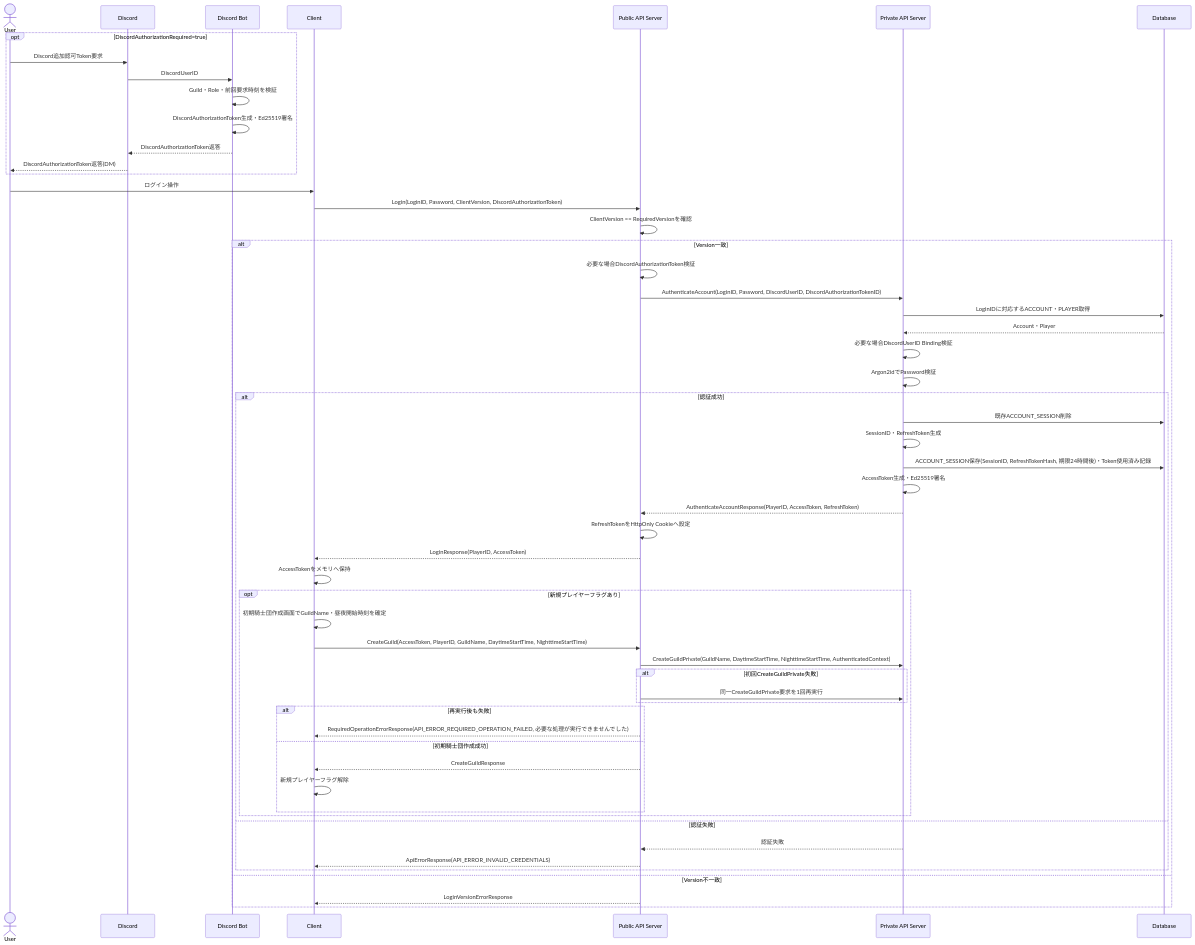
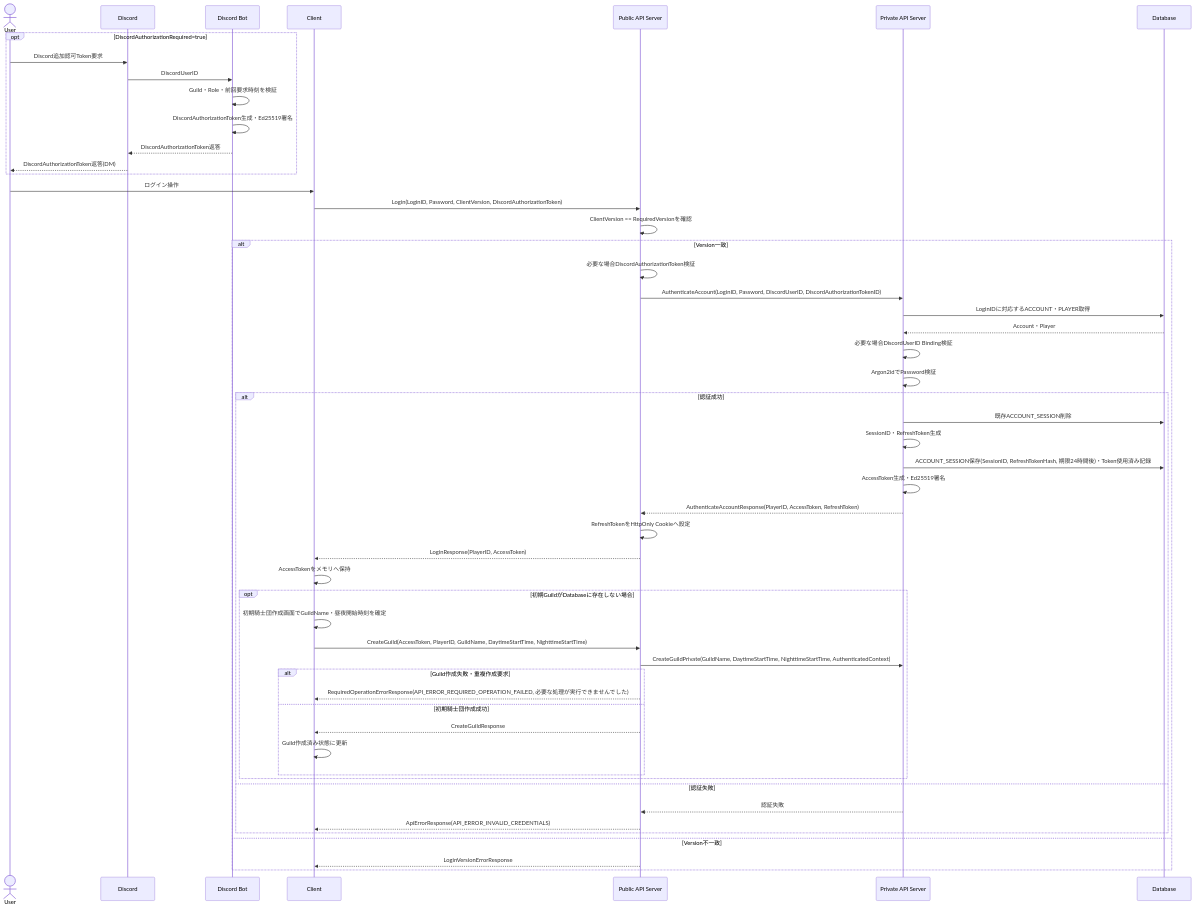
The second of 4 diagrams in design/server/session.md (ReHydrangeaOdyssey/Specifications), drawn with Mermaid before and after one commit. The commit also changed other lines of this file and 29 other files, not shown here.

````diff
--- a/design/server/session.md
+++ b/design/server/session.md
@@ -180,62 +180,59 @@
 ```mermaid
 sequenceDiagram
     actor User
     participant Discord
     participant DiscordBot as Discord Bot
     participant Client
     participant PublicAPIServer as Public API Server
     participant PrivateAPIServer as Private API Server
     participant Database
 
     opt DiscordAuthorizationRequired=true
         User->>Discord: Discord追加認可Token要求
         Discord->>DiscordBot: DiscordUserID
         DiscordBot->>DiscordBot: Guild・Role・前回要求時刻を検証
         DiscordBot->>DiscordBot: DiscordAuthorizationToken生成・Ed25519署名
         DiscordBot-->>Discord: DiscordAuthorizationToken返答
         Discord-->>User: DiscordAuthorizationToken返答(DM)
     end
 
     User->>Client: ログイン操作
     Client->>PublicAPIServer: Login(LoginID, Password, ClientVersion, DiscordAuthorizationToken)
     PublicAPIServer->>PublicAPIServer: ClientVersion == RequiredVersionを確認
 
     alt Version一致
         PublicAPIServer->>PublicAPIServer: 必要な場合DiscordAuthorizationToken検証
         PublicAPIServer->>PrivateAPIServer: AuthenticateAccount(LoginID, Password, DiscordUserID, DiscordAuthorizationTokenID)
         PrivateAPIServer->>Database: LoginIDに対応するACCOUNT・PLAYER取得
         Database-->>PrivateAPIServer: Account・Player
         PrivateAPIServer->>PrivateAPIServer: 必要な場合DiscordUserID Binding検証
         PrivateAPIServer->>PrivateAPIServer: Argon2idでPassword検証
 
         alt 認証成功
             PrivateAPIServer->>Database: 既存ACCOUNT_SESSION削除
             PrivateAPIServer->>PrivateAPIServer: SessionID・RefreshToken生成
             PrivateAPIServer->>Database: ACCOUNT_SESSION保存(SessionID, RefreshTokenHash, 期限24時間後)・Token使用済み記録
             PrivateAPIServer->>PrivateAPIServer: AccessToken生成・Ed25519署名
             PrivateAPIServer-->>PublicAPIServer: AuthenticateAccountResponse(PlayerID, AccessToken, RefreshToken)
             PublicAPIServer->>PublicAPIServer: RefreshTokenをHttpOnly Cookieへ設定
             PublicAPIServer-->>Client: LoginResponse(PlayerID, AccessToken)
             Client->>Client: AccessTokenをメモリへ保持
-            opt 新規プレイヤーフラグあり
+            opt 初期GuildがDatabaseに存在しない場合
                 Client->>Client: 初期騎士団作成画面でGuildName・昼夜開始時刻を確定
                 Client->>PublicAPIServer: CreateGuild(AccessToken, PlayerID, GuildName, DaytimeStartTime, NighttimeStartTime)
                 PublicAPIServer->>PrivateAPIServer: CreateGuildPrivate(GuildName, DaytimeStartTime, NighttimeStartTime, AuthenticatedContext)
-                alt 初回CreateGuildPrivate失敗
-                    PublicAPIServer->>PrivateAPIServer: 同一CreateGuildPrivate要求を1回再実行
-                end
-                alt 再実行後も失敗
+                alt Guild作成失敗・重複作成要求
                     PublicAPIServer-->>Client: RequiredOperationErrorResponse(API_ERROR_REQUIRED_OPERATION_FAILED, 必要な処理が実行できませんでした)
                 else 初期騎士団作成成功
                     PublicAPIServer-->>Client: CreateGuildResponse
-                    Client->>Client: 新規プレイヤーフラグ解除
+                    Client->>Client: Guild作成済み状態に更新
                 end
             end
         else 認証失敗
             PrivateAPIServer-->>PublicAPIServer: 認証失敗
             PublicAPIServer-->>Client: ApiErrorResponse(API_ERROR_INVALID_CREDENTIALS)
         end
     else Version不一致
         PublicAPIServer-->>Client: LoginVersionErrorResponse
     end
 ```
````
